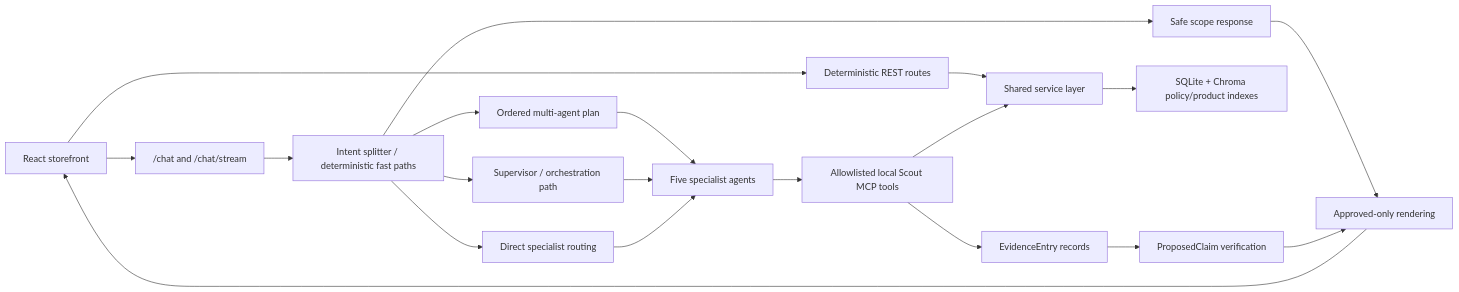
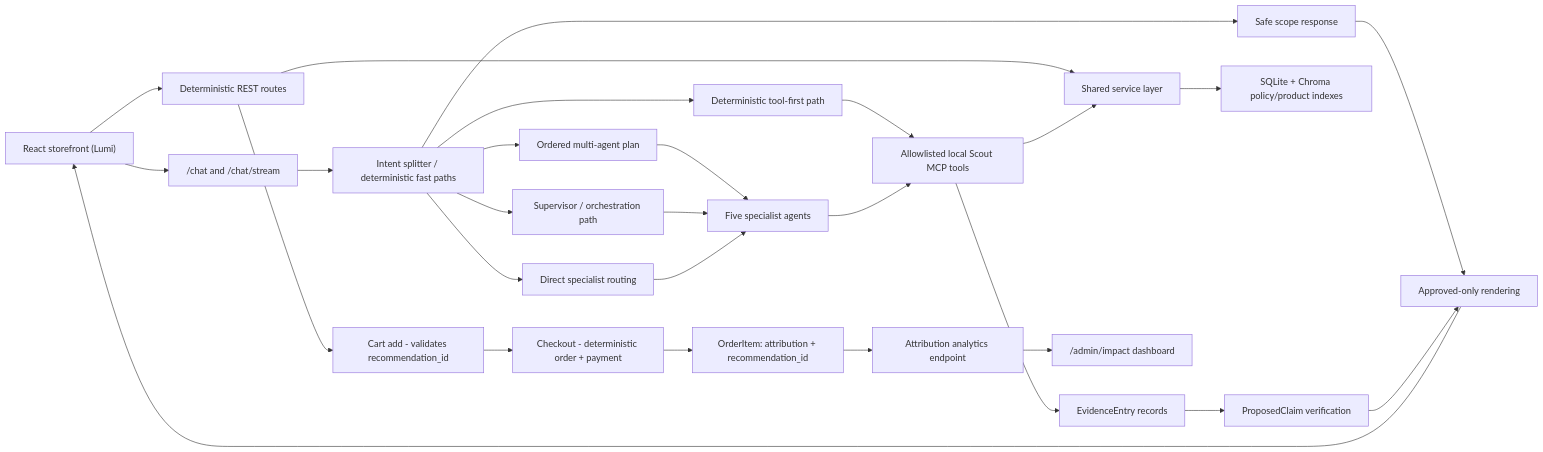
One commit to ReshmaD147/Scout changed the diagram in README.md. Above: the diagram before and after it, drawn with Mermaid. The commit also changed other lines of this file and 6 other files, not shown here.

Commit message:
Update README architecture diagram, commit pending brand-agnostic fix and demo docs

````diff
--- a/README.md
+++ b/README.md
@@ -24,22 +25,29 @@
 ```mermaid
 flowchart LR
-  Browser["React storefront"] --> Rest["Deterministic REST routes"]
+  Browser["React storefront (Lumi)"] --> Rest["Deterministic REST routes"]
   Browser --> Chat["/chat and /chat/stream"]
   Rest --> Services["Shared service layer"]
   Chat --> Splitter["Intent splitter / deterministic fast paths"]
   Splitter --> Scope["Safe scope response"]
   Splitter --> Plan["Ordered multi-agent plan"]
   Splitter --> Supervisor["Supervisor / orchestration path"]
+  Splitter --> ToolFirst["Deterministic tool-first path"]
   Splitter --> Direct["Direct specialist routing"]
   Scope --> Render
   Plan --> Specialists
   Supervisor --> Specialists["Five specialist agents"]
+  ToolFirst --> Tools
   Direct --> Specialists
   Specialists --> Tools["Allowlisted local Scout MCP tools"]
   Tools --> Services
   Services --> Data["SQLite + Chroma policy/product indexes"]
   Tools --> Evidence["EvidenceEntry records"]
   Evidence --> Claims["ProposedClaim verification"]
   Claims --> Render["Approved-only rendering"]
   Render --> Browser
+  Rest --> Cart["Cart add - validates recommendation_id"]
+  Cart --> Checkout["Checkout - deterministic order + payment"]
+  Checkout --> OrderDB["OrderItem: attribution + recommendation_id"]
+  OrderDB --> Analytics["Attribution analytics endpoint"]
+  Analytics --> Dashboard["/admin/impact dashboard"]
 ```
````
